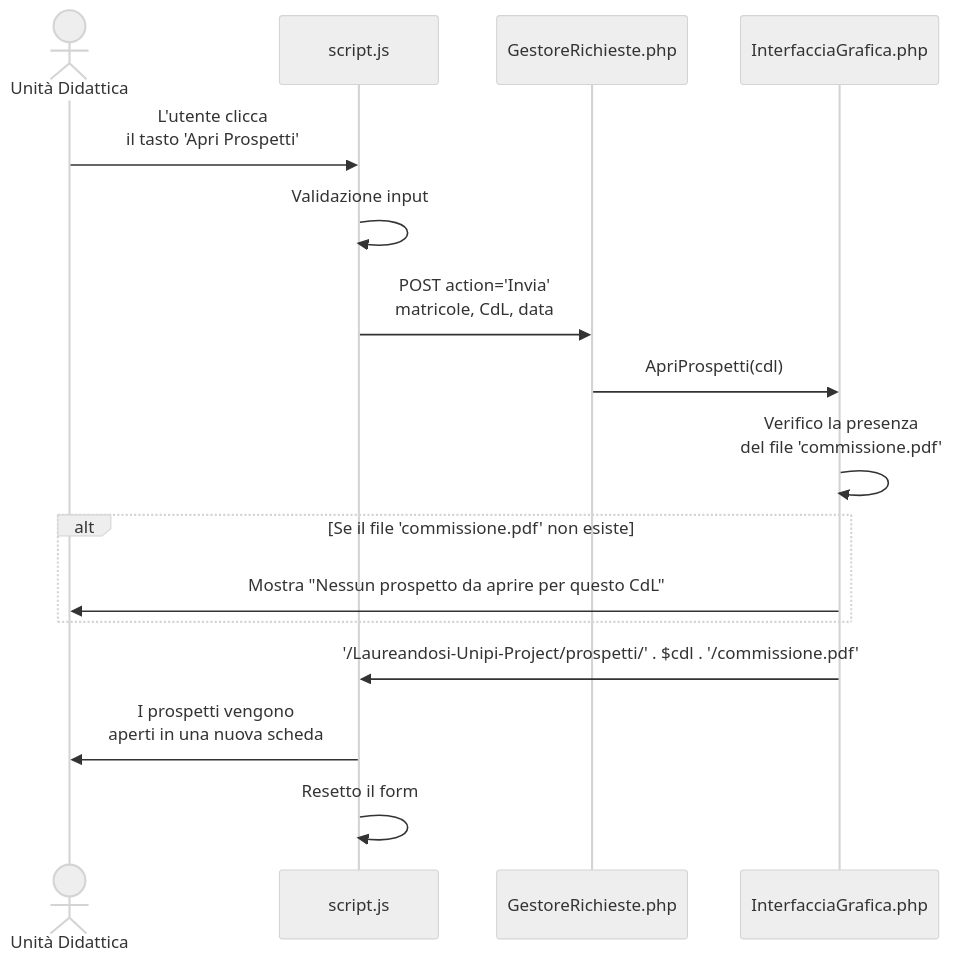
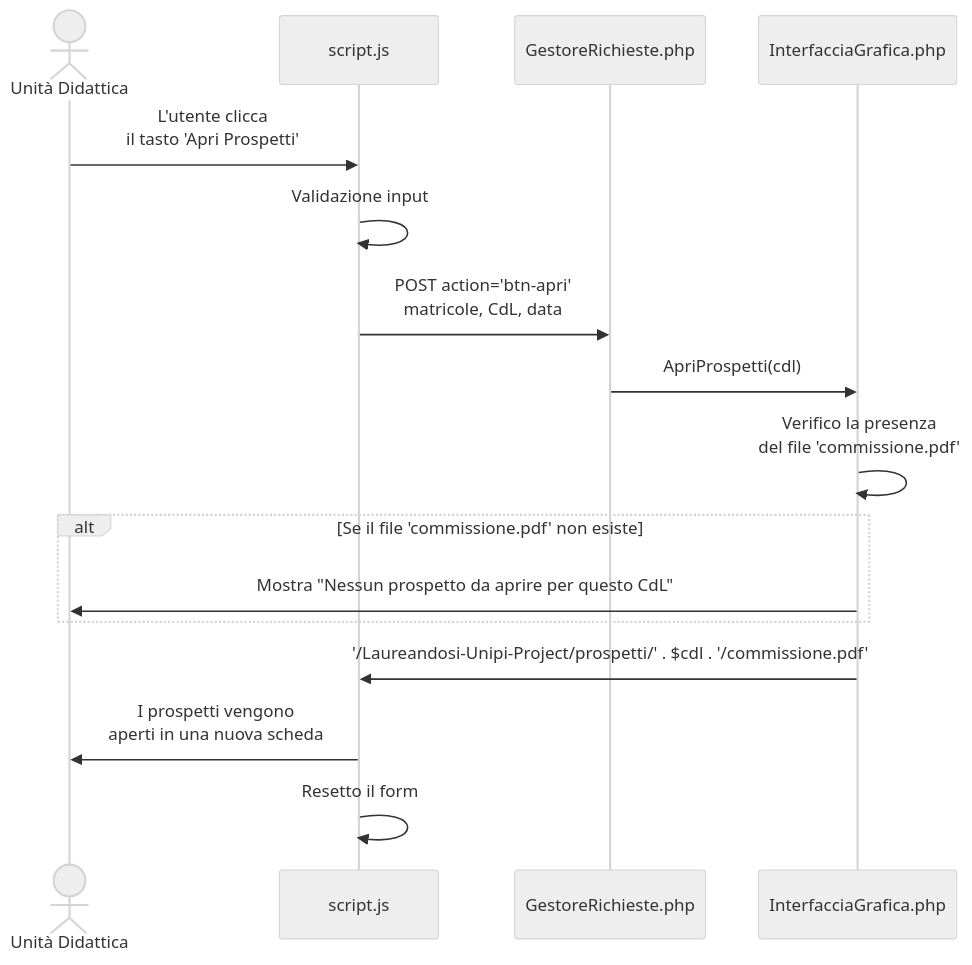
One commit to giuse27/Laureandosi-Unipi-Project changed the diagram in docs/risorse-fasi-progetto/3. implementazione/ApriProspettiCommissione.mmd. Above: the diagram before and after it, drawn with Mermaid (neutral theme). The commit also changed 4 other files, not shown here.

Commit message:
Diagrammi di sequenza in mermaid

```diff
--- a/docs/risorse-fasi-progetto/3. implementazione/ApriProspettiCommissione.mmd
+++ b/docs/risorse-fasi-progetto/3. implementazione/ApriProspettiCommissione.mmd
@@ -1,20 +1,20 @@
 sequenceDiagram 
     actor utente as Unità Didattica
     participant script as script.js
     participant gestore as GestoreRichieste.php
     participant interfaccia as InterfacciaGrafica.php
 
     utente->>script: L'utente clicca<br/>il tasto 'Apri Prospetti'
     script->>script: Validazione input
-    script->>gestore: POST action='Invia'<br/>matricole, CdL, data
+    script->>gestore: POST action='btn-apri'<br/>matricole, CdL, data
 
     gestore->>interfaccia: ApriProspetti(cdl)
     interfaccia->>interfaccia: Verifico la presenza<br/>del file 'commissione.pdf'
     alt Se il file 'commissione.pdf' non esiste
         interfaccia->>utente: Mostra "Nessun prospetto da aprire per questo CdL" 
     end 
 
     interfaccia->>script: '/Laureandosi-Unipi-Project/prospetti/' . $cdl . '/commissione.pdf'
 
     script->>utente: I prospetti vengono<br/>aperti in una nuova scheda
     script->>script: Resetto il form
```
